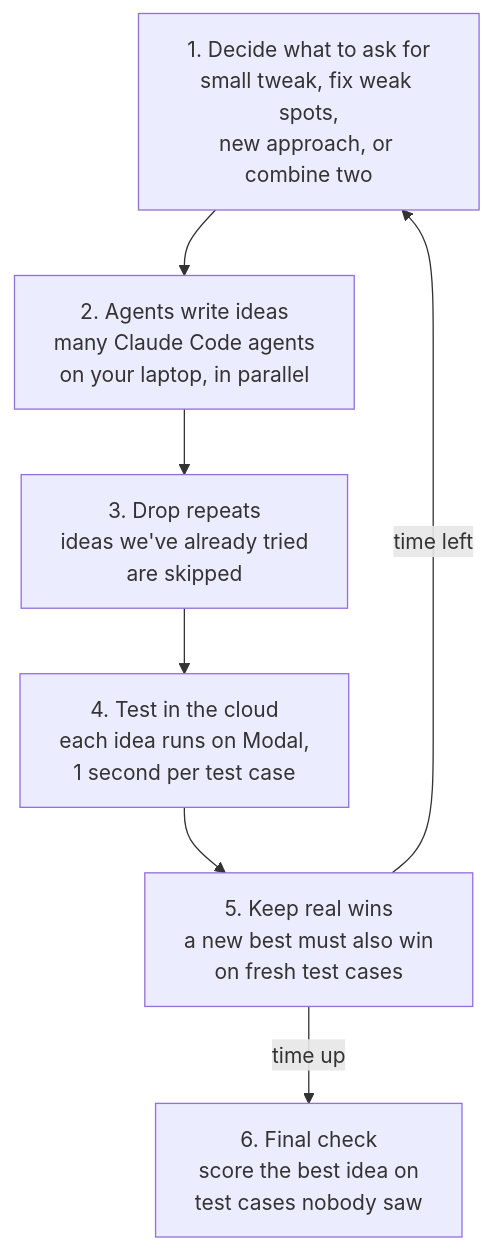
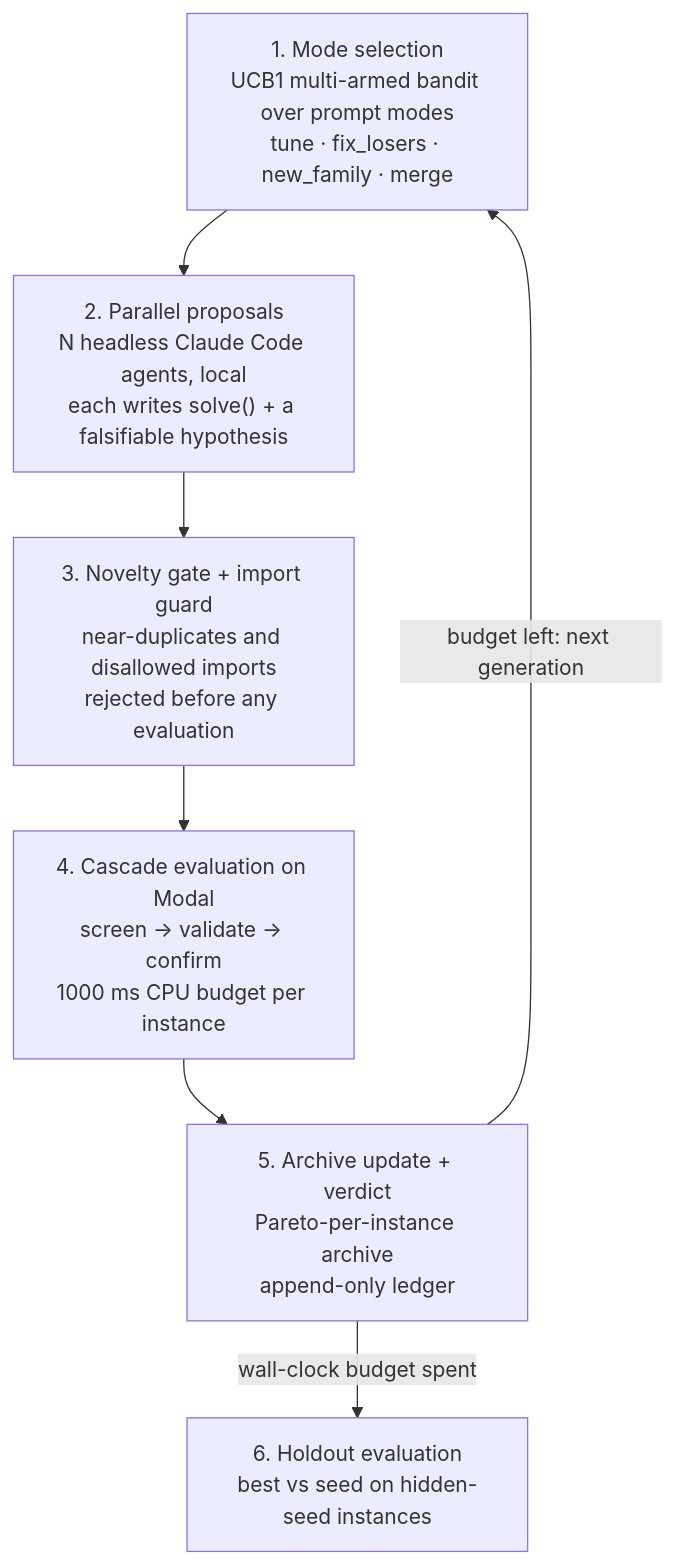
The diagram in autoresearch-optimizer/README.md (abdullah-athar/iterate-futurebiohackers), drawn with Mermaid before and after one commit. The commit also changed other lines of this file, not shown here.

Commit message:
README: overview flowchart with the technical terms back

````diff
--- a/autoresearch-optimizer/README.md
+++ b/autoresearch-optimizer/README.md
@@ -34,12 +34,12 @@
 ```mermaid
 flowchart TD
-    A["1. Decide what to ask for<br/>small tweak, fix weak spots,<br/>new approach, or combine two"]
-    B["2. Agents write ideas<br/>many Claude Code agents<br/>on your laptop, in parallel"]
-    C["3. Drop repeats<br/>ideas we've already tried<br/>are skipped"]
-    D["4. Test in the cloud<br/>each idea runs on Modal,<br/>1 second per test case"]
-    E["5. Keep real wins<br/>a new best must also win<br/>on fresh test cases"]
-    F["6. Final check<br/>score the best idea on<br/>test cases nobody saw"]
+    A["1. Mode selection<br/>UCB1 multi-armed bandit over prompt modes<br/>tune · fix_losers · new_family · merge"]
+    B["2. Parallel proposals<br/>N headless Claude Code agents, local<br/>each writes solve() + a falsifiable hypothesis"]
+    C["3. Novelty gate + import guard<br/>near-duplicates and disallowed imports<br/>rejected before any evaluation"]
+    D["4. Cascade evaluation on Modal<br/>screen → validate → confirm<br/>1000 ms CPU budget per instance"]
+    E["5. Archive update + verdict<br/>Pareto-per-instance archive<br/>append-only ledger"]
+    F["6. Holdout evaluation<br/>best vs seed on hidden-seed instances"]
     A --> B --> C --> D --> E
-    E -->|time left| A
-    E -->|time up| F
+    E -->|budget left: next generation| A
+    E -->|wall-clock budget spent| F
 ```
````
